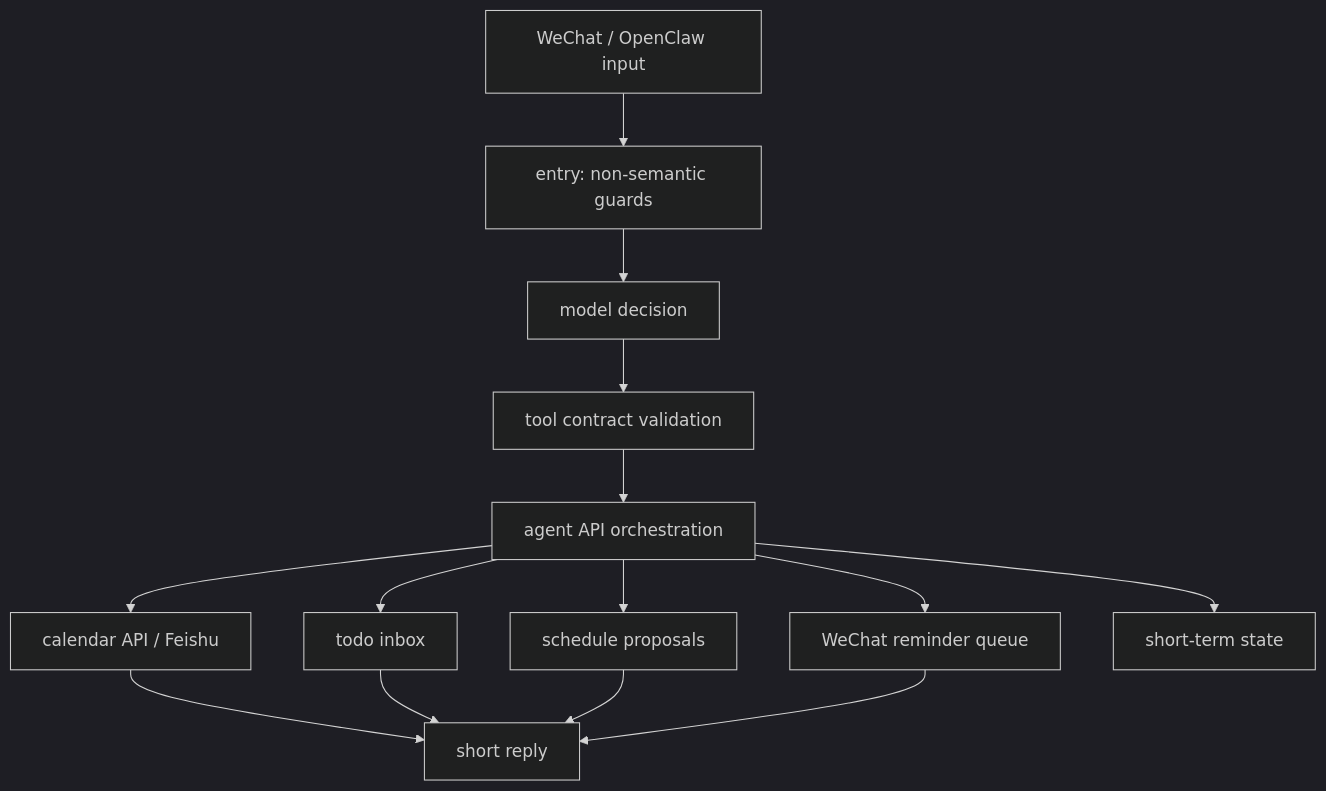
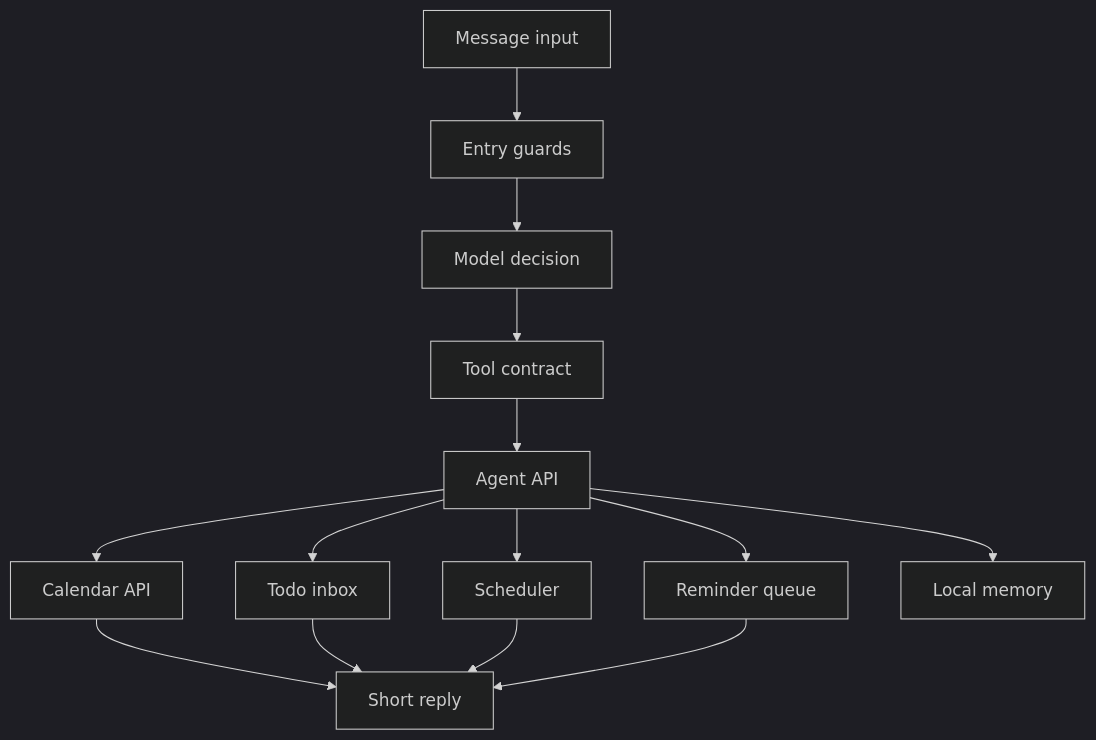
The diagram in ARCHITECTURE.md (baixudu-cmd/AI-calendar-Navi), drawn with Mermaid (dark theme) before and after one commit. The commit also changed other lines of this file and 7 other files, not shown here.

````diff
--- a/ARCHITECTURE.md
+++ b/ARCHITECTURE.md
@@ -5,16 +5,16 @@
 ```mermaid
 flowchart TD
-  user["WeChat / OpenClaw input"] --> entry["entry: non-semantic guards"]
-  entry --> decision["model decision"]
-  decision --> contract["tool contract validation"]
-  contract --> api["agent API orchestration"]
-  api --> calendar["calendar API / Feishu"]
-  api --> inbox["todo inbox"]
-  api --> scheduler["schedule proposals"]
-  api --> reminders["WeChat reminder queue"]
-  api --> state["short-term state"]
-  calendar --> reply["short reply"]
+  input["Message input"] --> entry["Entry guards"]
+  entry --> decision["Model decision"]
+  decision --> contract["Tool contract"]
+  contract --> api["Agent API"]
+  api --> calendar["Calendar API"]
+  api --> inbox["Todo inbox"]
+  api --> scheduler["Scheduler"]
+  api --> reminder["Reminder queue"]
+  api --> memory["Local memory"]
+  calendar --> reply["Short reply"]
   inbox --> reply
   scheduler --> reply
-  reminders --> reply
+  reminder --> reply
 ```
````
